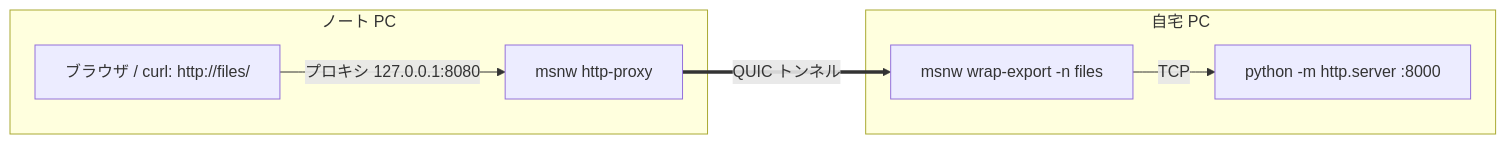
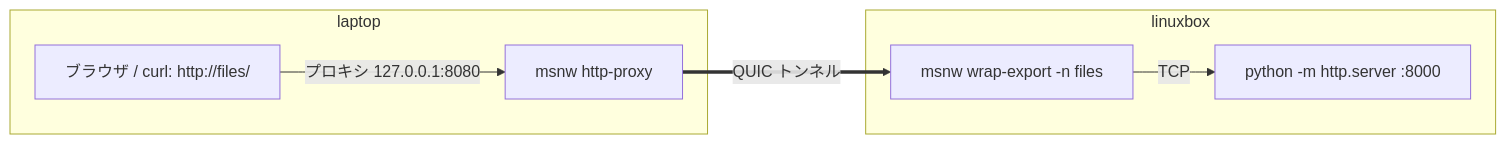
Before and after one commit to ikeji/mysmallnetwork: the fifth of 7 diagrams in README.ja.md, drawn with Mermaid. The commit also changed other lines of this file and 6 other files, not shown here.

````diff
--- a/README.ja.md
+++ b/README.ja.md
@@ -169,10 +172,10 @@
 ```mermaid
 flowchart LR
-    subgraph laptop["ノート PC"]
+    subgraph laptop
         b["ブラウザ / curl: http://files/"] -->|"プロキシ 127.0.0.1:8080"| hp["msnw http-proxy"]
     end
-    subgraph home["自宅 PC"]
+    subgraph linuxbox
         we["msnw wrap-export -n files"] -->|TCP| py["python -m http.server :8000"]
     end
     hp ==>|QUIC トンネル| we
 ```
````
